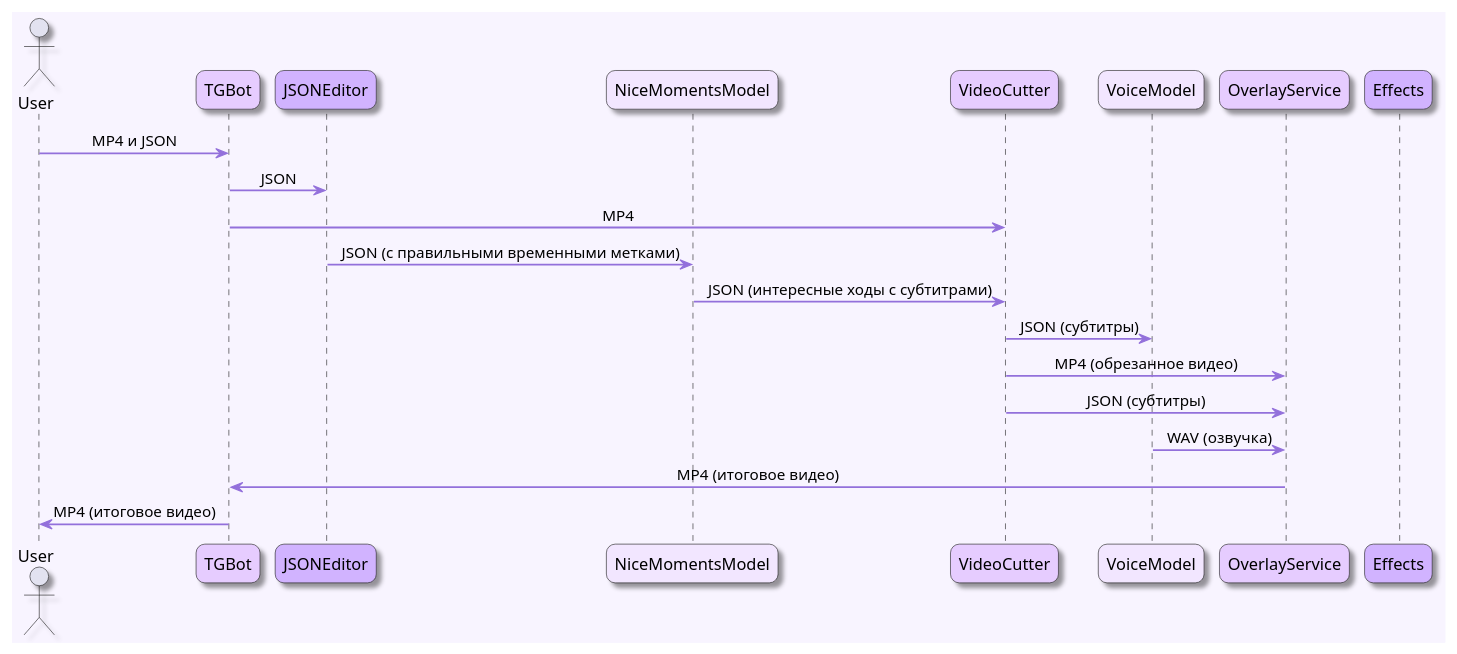
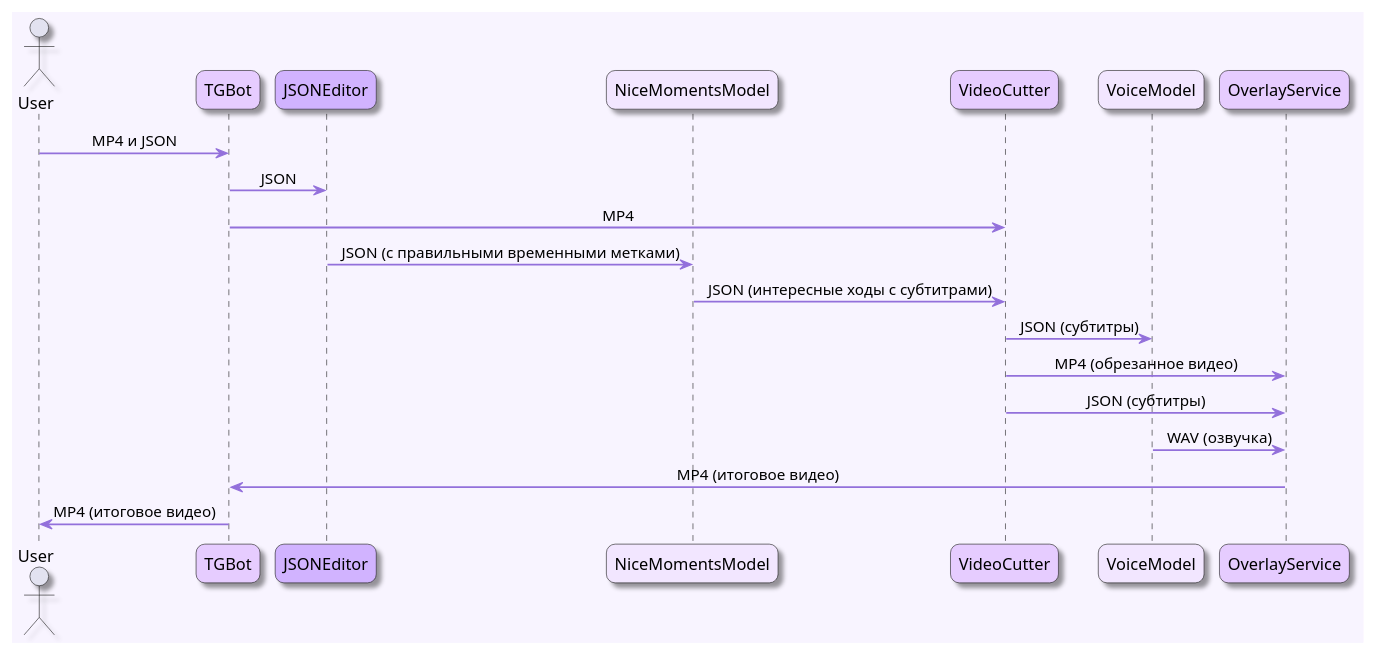
Before and after one commit to kr1st1na0/Matmod_Friflex: the diagram in Diagram.puml, drawn with PlantUML. The commit also changed 5 other files, not shown here.

```diff
--- a/Diagram.puml
+++ b/Diagram.puml
@@ -1,65 +1,62 @@
 @startuml
 
 
 
 ' Фиолетовый стиль
 skinparam {
   backgroundColor #F8F4FF
   componentBorderColor #8A2BE2
   classBorderColor #7B68EE
   noteBorderColor #BA55D3
   classBackgroundColor #E6CCFF
   interfaceBackgroundColor #D1B3FF
   methodBackgroundColor #F2E6FF
   noteBackgroundColor #F5D7FF
   defaultTextColor #4B0082
   arrowColor #9370DB
   arrowThickness 1.5
   packageStyle rectangle
   roundCorner 15
   shadowing true
   actorStyle rectangle
   sequenceMessageAlign center
 }
 
 actor User
 
 participant TGBot #E6CCFF
 'Telegram-бот
 
 participant JSONEditor #D1B3FF
 'Сервис для обработки JSON: выявление правильных timestamp
 
 participant NiceMomentsModel #F2E6FF
 'Модель для определения интересных моментов и генерации субтитров
 
 participant VideoCutter #E6CCFF
 'Сервис для обрезки видео: получаем итоговое видео без субтитров, озвучки, эффектов
 
 participant VoiceModel #F2E6FF
 'Модель для генерации озвучки
 
 participant OverlayService #E6CCFF
 'Сервис для наложения субтитров и озвучки
 
-participant Effects #D1B3FF
-'Сервис для наложения эффектов (НАВЕРНОЕ СНАЧАЛА НАДО ИХ СГЕНЕРИТЬ, ЛИБО ПРОСТО ЗАКАЧАТЬ И НАКЛАДЫВАТЬ ГОТОВЫЕ)
-
 
 User -> TGBot : MP4 и JSON
 TGBot -> JSONEditor : JSON 
 TGBot -> VideoCutter : MP4
 JSONEditor -> NiceMomentsModel : JSON (с правильными временными метками)
 NiceMomentsModel -> VideoCutter : JSON (интересные ходы с субтитрами)
 VideoCutter -> VoiceModel : JSON (субтитры)
 
 VideoCutter -> OverlayService : MP4 (обрезанное видео)
 VideoCutter -> OverlayService : JSON (субтитры)
 VoiceModel -> OverlayService : WAV (озвучка)
 
 OverlayService -> TGBot : MP4 (итоговое видео)
 TGBot -> User : MP4 (итоговое видео)
 
 
 
 @enduml
```
